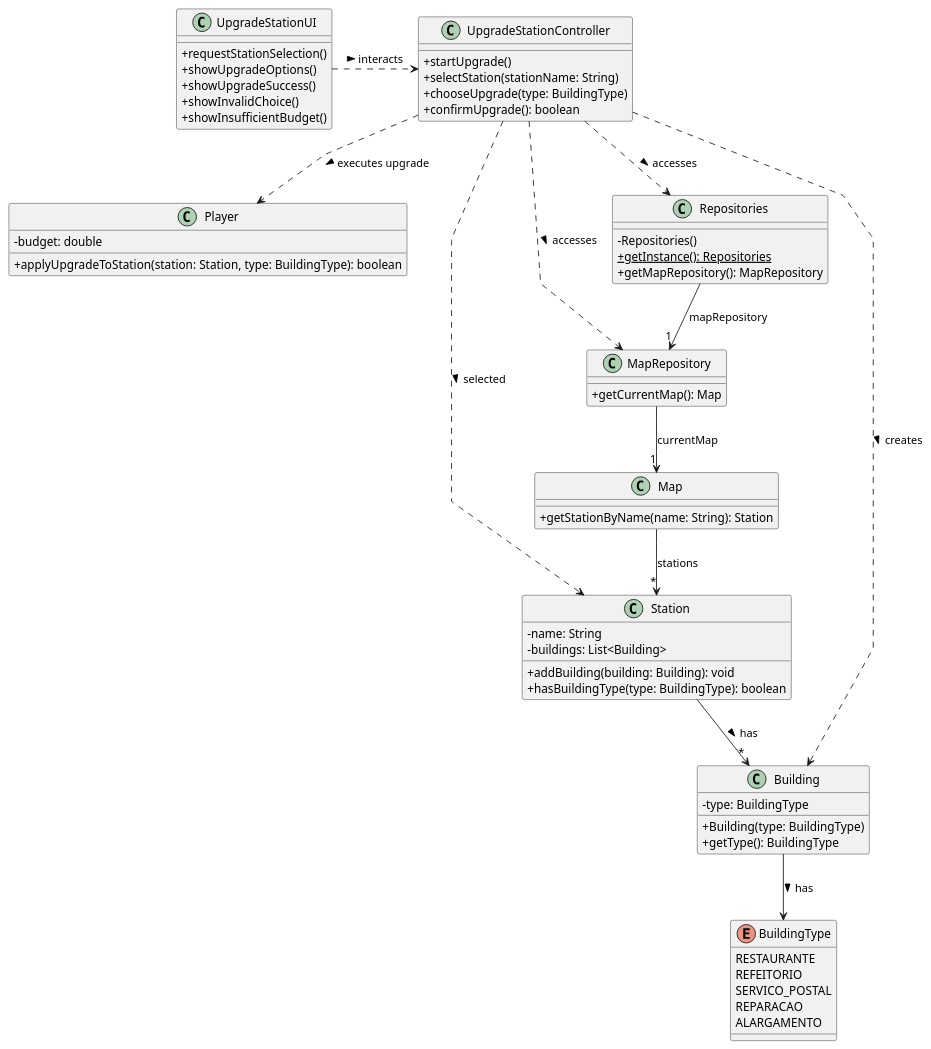
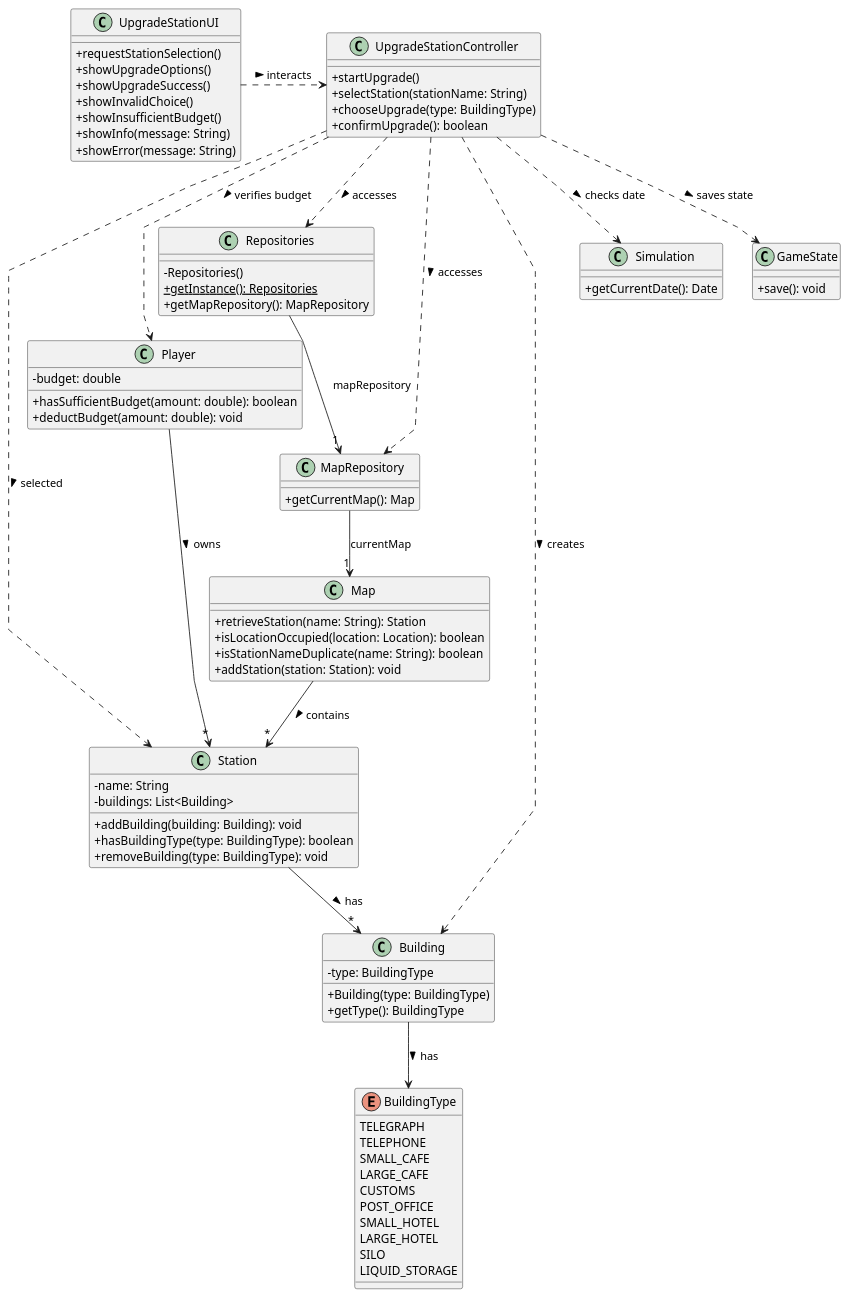
The diagram in docs/system-documentation/US006/03.design/puml/US006-CD.puml (1240826/empire-on-tracks), drawn with PlantUML before and after one commit. The commit also changed 18 other files, not shown here.

```diff
--- a/docs/system-documentation/US006/03.design/puml/US006-CD.puml
+++ b/docs/system-documentation/US006/03.design/puml/US006-CD.puml
@@ -1,77 +1,100 @@
 @startuml
 skinparam packageStyle rectangle
 skinparam shadowing false
 skinparam linetype polyline
 skinparam classAttributeIconSize 0
 
 class "UpgradeStationController" {
     + startUpgrade()
     + selectStation(stationName: String)
     + chooseUpgrade(type: BuildingType)
     + confirmUpgrade(): boolean
 }
 
 class "Player" {
     - budget: double
-    + applyUpgradeToStation(station: Station, type: BuildingType): boolean
+    + hasSufficientBudget(amount: double): boolean
+    + deductBudget(amount: double): void
 }
 
 class "Station" {
     - name: String
     - buildings: List<Building>
     + addBuilding(building: Building): void
     + hasBuildingType(type: BuildingType): boolean
+    + removeBuilding(type: BuildingType): void
 }
 
 class "Building" {
     - type: BuildingType
     + Building(type: BuildingType)
     + getType(): BuildingType
 }
 
 enum BuildingType {
-    RESTAURANTE
-    REFEITORIO
-    SERVICO_POSTAL
-    REPARACAO
-    ALARGAMENTO
+    TELEGRAPH
+    TELEPHONE
+    SMALL_CAFE
+    LARGE_CAFE
+    CUSTOMS
+    POST_OFFICE
+    SMALL_HOTEL
+    LARGE_HOTEL
+    SILO
+    LIQUID_STORAGE
 }
 
 class "Map" {
-    + getStationByName(name: String): Station
+    + retrieveStation(name: String): Station
+    + isLocationOccupied(location: Location): boolean
+    + isStationNameDuplicate(name: String): boolean
+    + addStation(station: Station): void
 }
 
 class "Repositories" {
     - Repositories()
     + {static} getInstance(): Repositories
     + getMapRepository(): MapRepository
 }
 
 class "MapRepository" {
     + getCurrentMap(): Map
 }
 
 class "UpgradeStationUI" {
     + requestStationSelection()
     + showUpgradeOptions()
     + showUpgradeSuccess()
     + showInvalidChoice()
     + showInsufficientBudget()
+    + showInfo(message: String)
+    + showError(message: String)
+}
+
+class "Simulation" {
+    + getCurrentDate(): Date
+}
+
+class "GameState" {
+    + save(): void
 }
 
 UpgradeStationUI .> UpgradeStationController : interacts >
 
 UpgradeStationController ..> Repositories : accesses >
 UpgradeStationController ..> MapRepository : accesses >
-UpgradeStationController ..> Player : executes upgrade >
+UpgradeStationController ..> Player : verifies budget >
 UpgradeStationController ..> Station : selected >
 UpgradeStationController ..> Building : creates >
+UpgradeStationController ..> Simulation : checks date >
+UpgradeStationController ..> GameState : saves state >
 
 Repositories --> "1" MapRepository : mapRepository
 MapRepository --> "1" Map : currentMap
 
-Map --> "*" Station : stations
+Map --> "*" Station : contains >
 Station --> "*" Building : has >
 Building --> BuildingType : has >
+Player --> "*" Station : owns >
 
 @enduml
```
